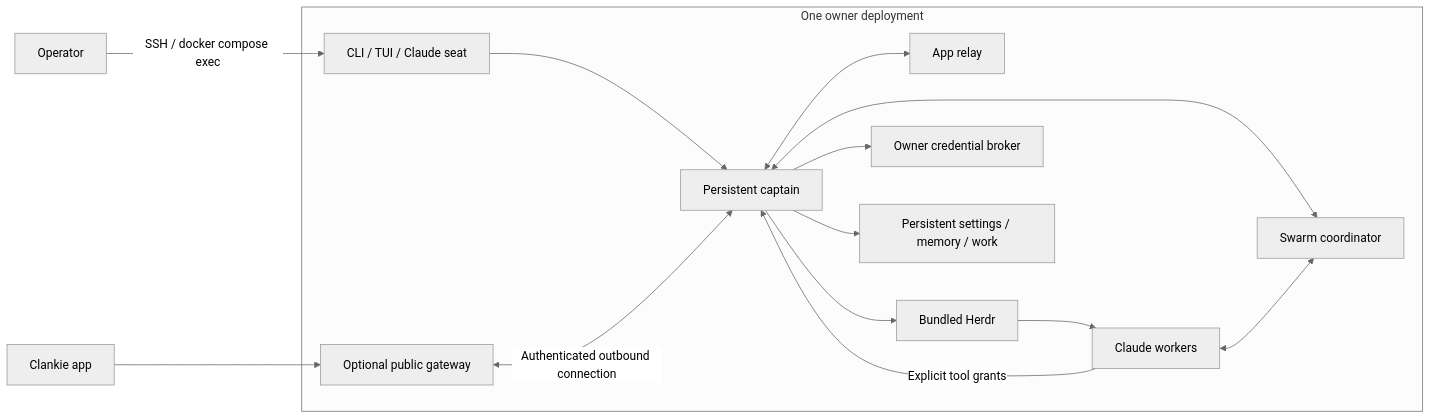
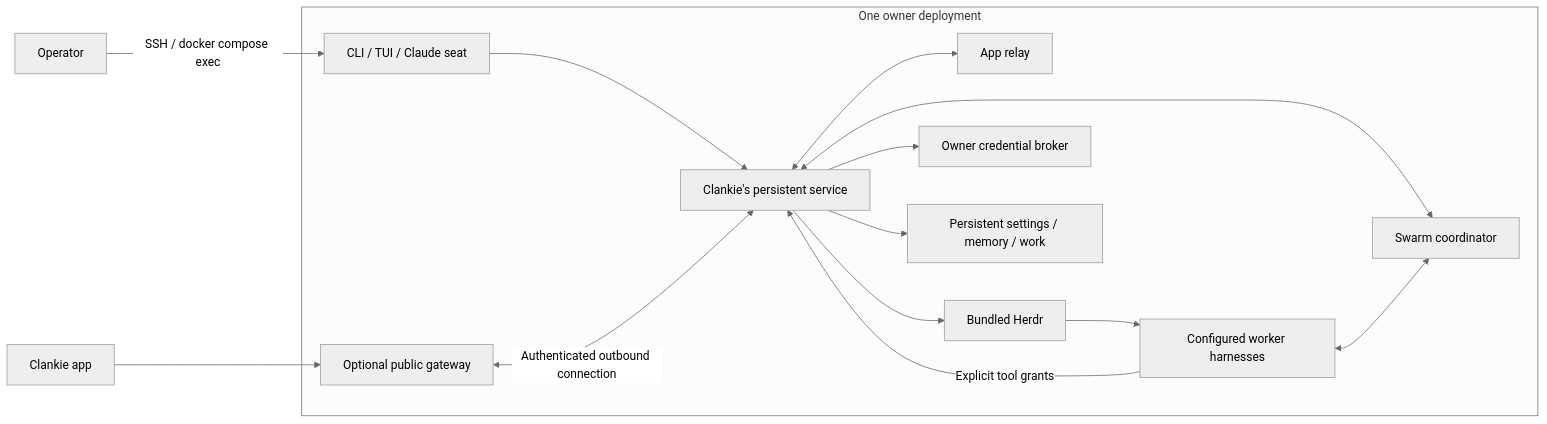
One commit to Volpestyle/clankie changed the diagram in infra/hosted/README.md. Above: the diagram before and after it, drawn with Mermaid (neutral theme). The commit also changed other lines of this file and 35 other files, not shown here.

````diff
--- a/infra/hosted/README.md
+++ b/infra/hosted/README.md
@@ -9,17 +14,17 @@
 ```mermaid
 flowchart LR
   Operator[Operator] -->|SSH / docker compose exec| CLI[CLI / TUI / Claude seat]
   App[Clankie app] --> Gateway[Optional public gateway]
   subgraph Owner[One owner deployment]
-    CLI --> Captain[Persistent captain]
+    CLI --> Captain[Clankie's persistent service]
     Gateway <-->|Authenticated outbound connection| Captain
     Captain <--> Relay[App relay]
     Captain <--> Swarm[Swarm coordinator]
     Captain --> Herdr[Bundled Herdr]
-    Herdr --> Workers[Claude workers]
+    Herdr --> Workers[Configured worker harnesses]
     Workers <--> Swarm
     Workers -->|Explicit tool grants| Captain
     Captain --> Broker[Owner credential broker]
     Captain --> State[Persistent settings / memory / work]
   end
 ```
````
